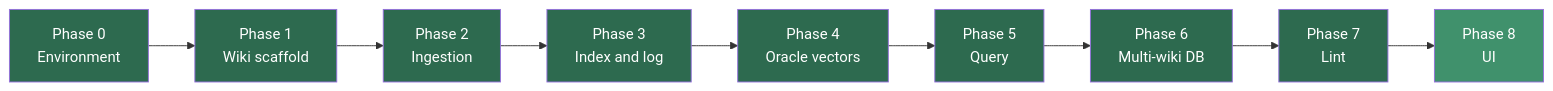
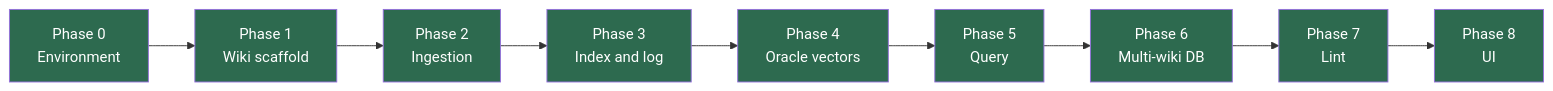
One commit to satyakamala03/LLM-wiki-by-ski changed the second of 25 diagrams in architecture.md. Above: the diagram before and after it, drawn with Mermaid. The commit also changed other lines of this file and 22 other files, not shown here.

````diff
--- a/architecture.md
+++ b/architecture.md
@@ -104,21 +111,21 @@
 ```mermaid
 flowchart LR
     P0[Phase 0\nEnvironment] --> P1[Phase 1\nWiki scaffold]
     P1 --> P2[Phase 2\nIngestion]
     P2 --> P3[Phase 3\nIndex and log]
     P3 --> P4[Phase 4\nOracle vectors]
     P4 --> P5[Phase 5\nQuery]
     P5 --> P6[Phase 6\nMulti-wiki DB]
     P6 --> P7[Phase 7\nLint]
     P7 --> P8[Phase 8\nUI]
 
     style P0 fill:#2d6a4f,color:#fff
     style P1 fill:#2d6a4f,color:#fff
     style P2 fill:#2d6a4f,color:#fff
     style P3 fill:#2d6a4f,color:#fff
     style P4 fill:#2d6a4f,color:#fff
     style P5 fill:#2d6a4f,color:#fff
     style P6 fill:#2d6a4f,color:#fff
     style P7 fill:#2d6a4f,color:#fff
-    style P8 fill:#40916c,color:#fff
+    style P8 fill:#2d6a4f,color:#fff
 ```
````
